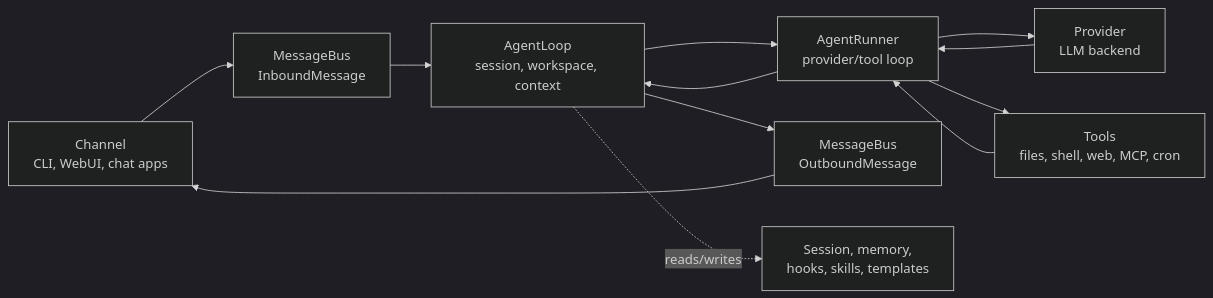
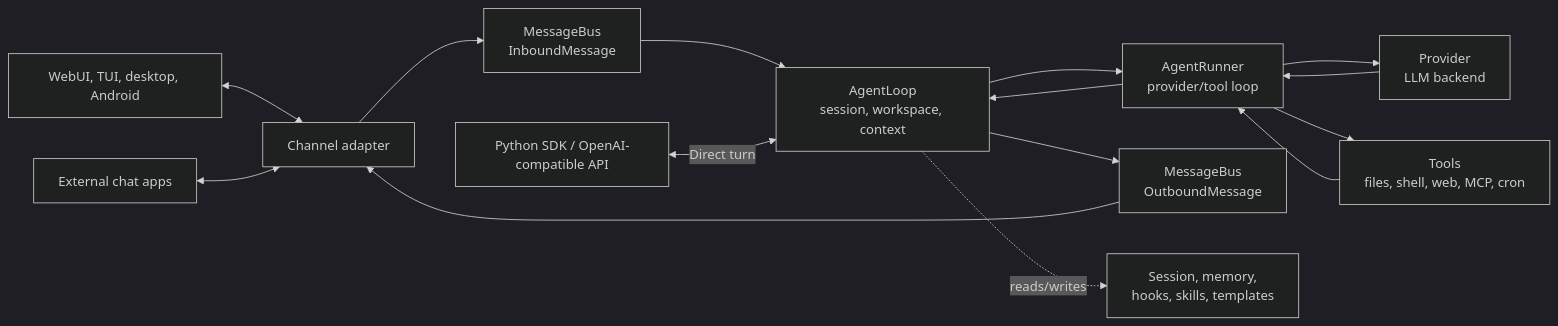
One commit to JadenChun/nanobot-custom changed the diagram in docs/architecture.md. Above: the diagram before and after it, drawn with Mermaid (dark theme). The commit also changed other lines of this file and 8 other files, not shown here.

Commit message:
docs: align architecture and client guides with staging

````diff
--- a/docs/architecture.md
+++ b/docs/architecture.md
@@ -20,15 +20,18 @@
 ```mermaid
 flowchart LR
-    Channel["Channel<br/>CLI, WebUI, chat apps"] --> Bus["MessageBus<br/>InboundMessage"]
+    Clients["WebUI, TUI, desktop, Android"] <--> Channel["Channel adapter"]
+    ChatApps["External chat apps"] <--> Channel
+    Channel --> Bus["MessageBus<br/>InboundMessage"]
     Bus --> Loop["AgentLoop<br/>session, workspace, context"]
+    Direct["Python SDK / OpenAI-compatible API"] <-->|Direct turn| Loop
     Loop --> Runner["AgentRunner<br/>provider/tool loop"]
     Runner --> Provider["Provider<br/>LLM backend"]
     Provider --> Runner
     Runner --> Tools["Tools<br/>files, shell, web, MCP, cron"]
     Tools --> Runner
     Runner --> Loop
     Loop --> Outbound["MessageBus<br/>OutboundMessage"]
     Outbound --> Channel
 
     Loop -. reads/writes .-> State["Session, memory,<br/>hooks, skills, templates"]
 ```
````
